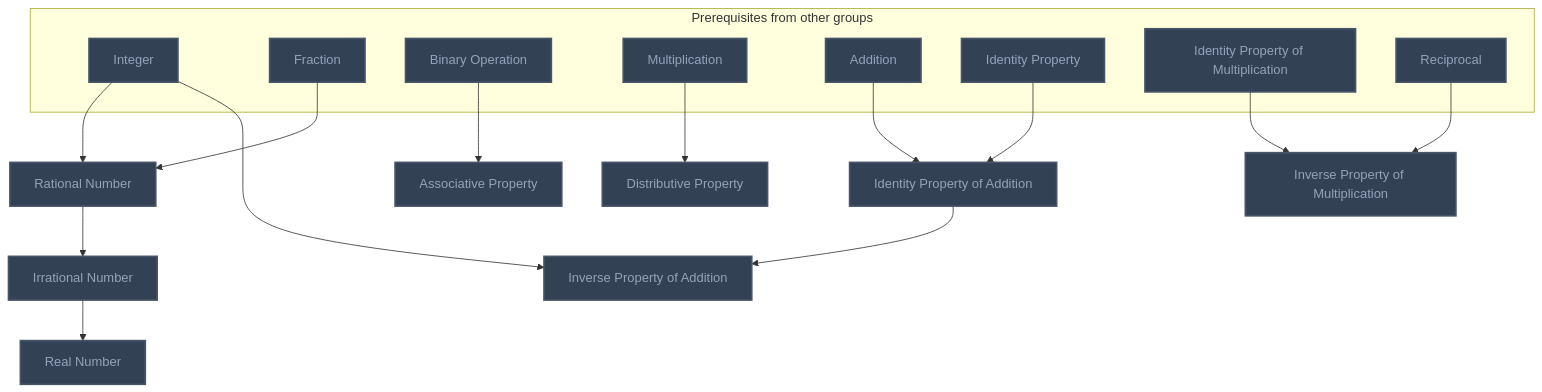
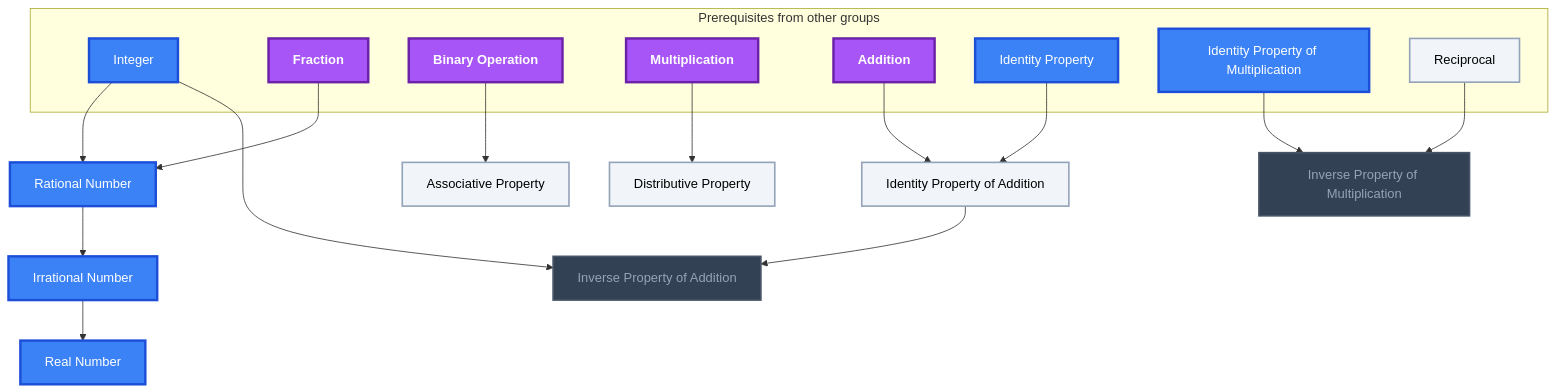
One commit to MRauf1/My-Notes changed the seventh of 10 diagrams in Gamification/Skill Trees/Pre-Algebra.md. Above: the diagram before and after it, drawn with Mermaid. The commit also changed other lines of this file and 156 other files, not shown here.

````diff
--- a/Gamification/Skill Trees/Pre-Algebra.md
+++ b/Gamification/Skill Trees/Pre-Algebra.md
@@ -346,44 +361,47 @@
 ```mermaid
 flowchart TD
     classDef planned fill:#1E293B,stroke:#64748B,stroke-width:2px,stroke-dasharray:5 5,color:#94A3B8;
     classDef locked fill:#334155,stroke:#475569,stroke-width:2px,color:#94A3B8;
     classDef L0 fill:#F1F5F9,stroke:#94A3B8,stroke-width:2px,color:#000000;
     classDef L1 fill:#22C55E,stroke:#15803D,stroke-width:2px,color:#000000;
     classDef L2 fill:#3B82F6,stroke:#1D4ED8,stroke-width:3px,color:#FFFFFF;
     classDef L3 fill:#A855F7,stroke:#6B21A8,stroke-width:3px,color:#FFFFFF,font-weight:bold;
     classDef L4 fill:#F97316,stroke:#C2410C,stroke-width:4px,color:#000000,font-weight:bold;
     classDef L5 fill:#FFD700,stroke:#FF8C00,stroke-width:5px,color:#000000,font-weight:bold;
     classDef rusty stroke:#8B4513,stroke-width:4px,stroke-dasharray:3 3;
     subgraph sg_prereqs["Prerequisites from other groups"]
         n_integer["Integer"]
         n_fraction["Fraction"]
         n_binary_operation["Binary Operation"]
         n_multiplication["Multiplication"]
         n_addition["Addition"]
         n_identity_property["Identity Property"]
         n_identity_property_of_multiplication["Identity Property of Multiplication"]
         n_reciprocal["Reciprocal"]
     end
     n_rational_number["Rational Number"]
     n_irrational_number["Irrational Number"]
     n_real_number["Real Number"]
     n_associative_property["Associative Property"]
     n_distributive_property["Distributive Property"]
     n_identity_property_of_addition["Identity Property of Addition"]
     n_inverse_property_of_addition["Inverse Property of Addition"]
     n_inverse_property_of_multiplication["Inverse Property of Multiplication"]
     n_integer --> n_rational_number
     n_fraction --> n_rational_number
     n_rational_number --> n_irrational_number
     n_irrational_number --> n_real_number
     n_binary_operation --> n_associative_property
     n_multiplication --> n_distributive_property
     n_addition --> n_identity_property_of_addition
     n_identity_property --> n_identity_property_of_addition
     n_integer --> n_inverse_property_of_addition
     n_identity_property_of_addition --> n_inverse_property_of_addition
     n_identity_property_of_multiplication --> n_inverse_property_of_multiplication
     n_reciprocal --> n_inverse_property_of_multiplication
-    class n_integer,n_fraction,n_binary_operation,n_multiplication,n_addition,n_identity_property,n_identity_property_of_multiplication,n_reciprocal,n_rational_number,n_irrational_number,n_real_number,n_associative_property,n_distributive_property,n_identity_property_of_addition,n_inverse_property_of_addition,n_inverse_property_of_multiplication locked;
+    class n_inverse_property_of_addition,n_inverse_property_of_multiplication locked;
+    class n_reciprocal,n_associative_property,n_distributive_property,n_identity_property_of_addition L0;
+    class n_integer,n_identity_property,n_identity_property_of_multiplication,n_rational_number,n_irrational_number,n_real_number L2;
+    class n_fraction,n_binary_operation,n_multiplication,n_addition L3;
     class n_integer,n_fraction,n_binary_operation,n_multiplication,n_addition,n_identity_property,n_identity_property_of_multiplication,n_reciprocal,n_rational_number,n_irrational_number,n_real_number,n_associative_property,n_distributive_property,n_identity_property_of_addition,n_inverse_property_of_addition,n_inverse_property_of_multiplication internal-link;
 ```
````
